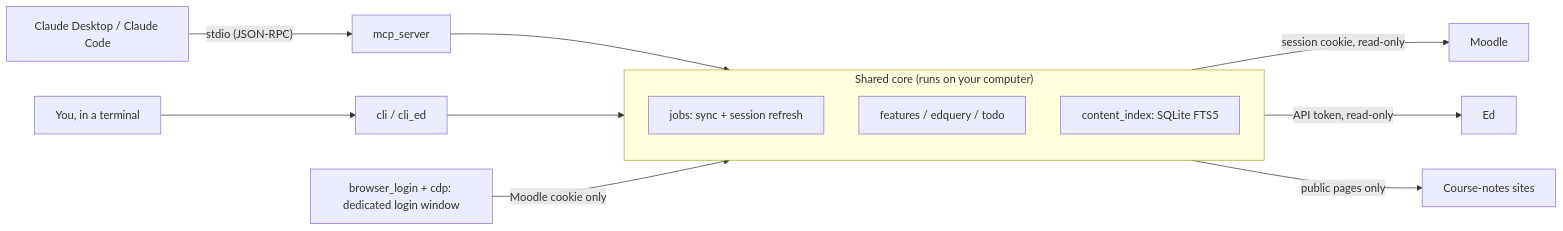
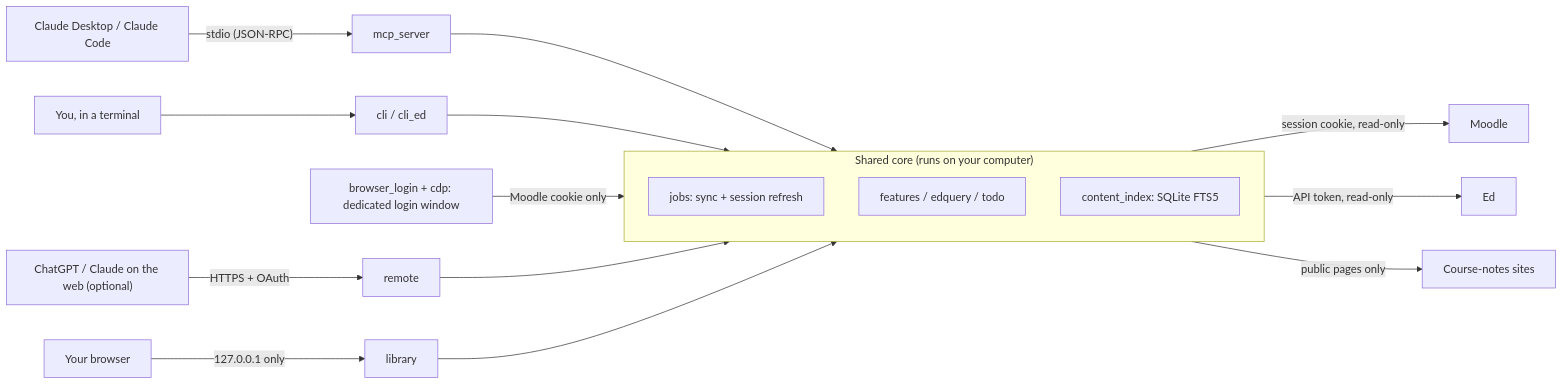
The diagram in README.md (Waldo0926/monash-study-kit), drawn with Mermaid before and after one commit. The commit also changed other lines of this file and 1 other file, not shown here.

First line of the commit message:
README: what's new in 1.4, remote access and the 1.4.1 help change (#23)

````diff
--- a/README.md
+++ b/README.md
@@ -441,16 +446,20 @@
 ```mermaid
 flowchart LR
     Claude["Claude Desktop / Claude Code"] -- "stdio (JSON-RPC)" --> MCP["mcp_server"]
     You["You, in a terminal"] --> CLI["cli / cli_ed"]
     MCP --> Core
     CLI --> Core
     subgraph Core["Shared core (runs on your computer)"]
         Jobs["jobs: sync + session refresh"]
         Query["features / edquery / todo"]
         Index["content_index: SQLite FTS5"]
     end
     Core -- "session cookie, read-only" --> Moodle["Moodle"]
     Core -- "API token, read-only" --> Ed["Ed"]
     Core -- "public pages only" --> Notes["Course-notes sites"]
     Login["browser_login + cdp: dedicated login window"] -- "Moodle cookie only" --> Core
+    Web["ChatGPT / Claude on the web (optional)"] -- "HTTPS + OAuth" --> Remote["remote"]
+    Remote --> Core
+    Browser["Your browser"] -- "127.0.0.1 only" --> Library["library"]
+    Library --> Core
 ```
````
